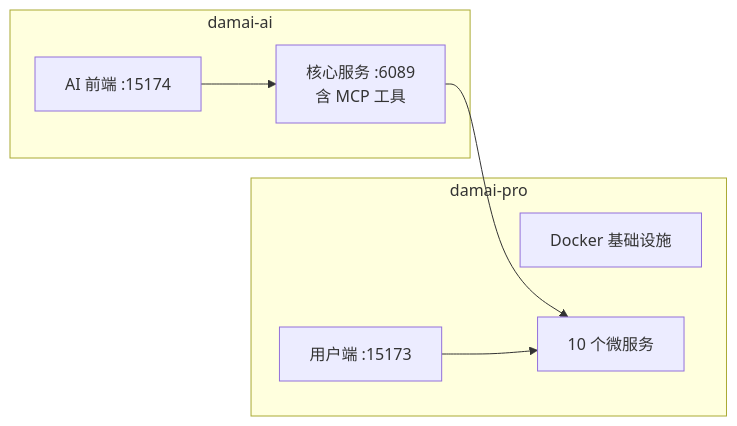
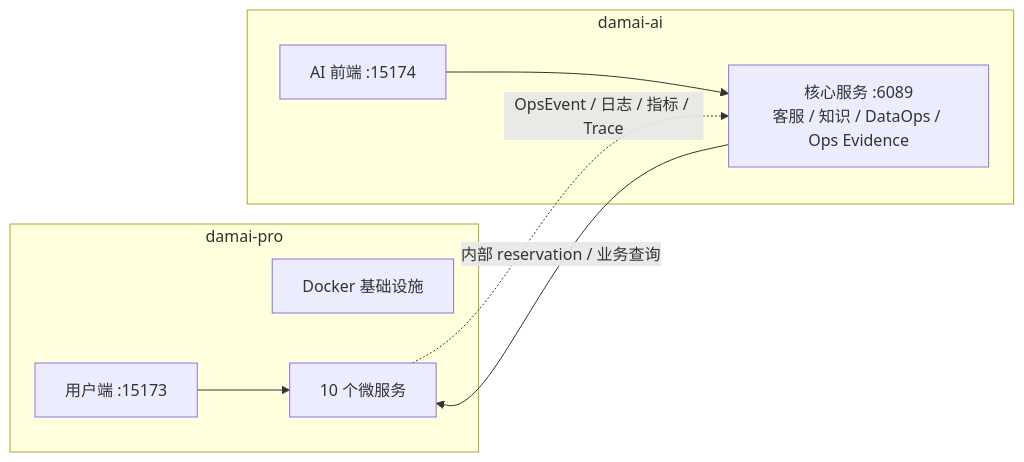
Before and after one commit to LittleSongxx/damai: the diagram in damai-pro/docs/damai-ai-integration.md, drawn with Mermaid. The commit also changed other lines of this file and 227 other files, not shown here.

````diff
--- a/damai-pro/docs/damai-ai-integration.md
+++ b/damai-pro/docs/damai-ai-integration.md
@@ -5,15 +5,16 @@
 ```mermaid
 graph LR
     subgraph Pro["damai-pro"]
         Docker[Docker 基础设施]
         Backend[10 个微服务]
         Vue3[用户端 :15173]
     end
     subgraph AI["damai-ai"]
-        Core[核心服务 :6089<br/>含 MCP 工具]
+        Core[核心服务 :6089<br/>客服 / 知识 / DataOps / Ops Evidence]
         VueAI[AI 前端 :15174]
     end
     VueAI --> Core
-    Core --> Backend
+    Core -->|内部 reservation / 业务查询| Backend
+    Backend -.OpsEvent / 日志 / 指标 / Trace.-> Core
     Vue3 --> Backend
 ```
````
